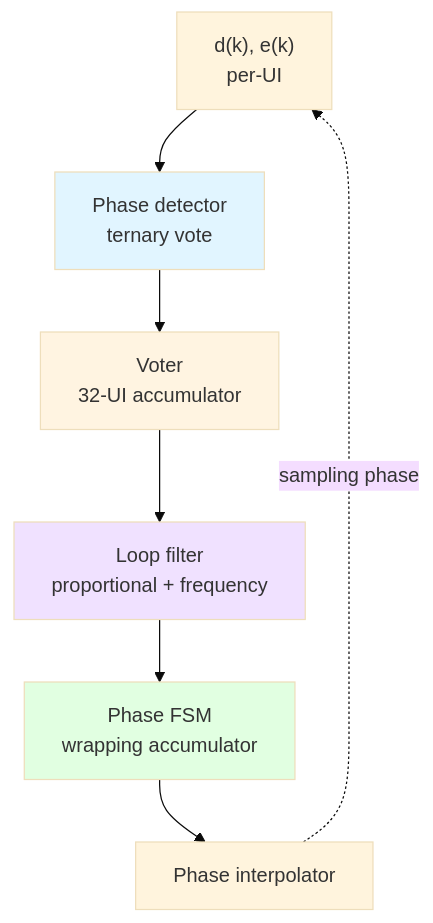
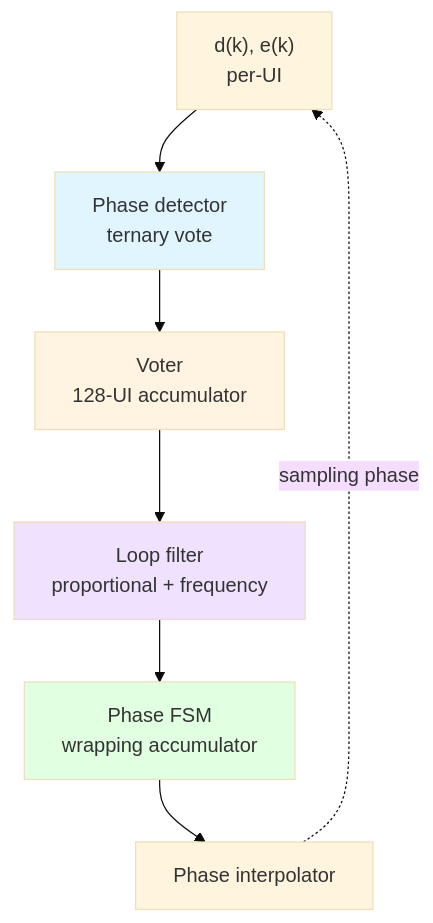
One commit to patrick-lightmatter/mydocs changed the third of 3 diagrams in oci_msa/l250/architecture_spec.md. Above: the diagram before and after it, drawn with Mermaid (base theme). The commit also changed other lines of this file and 11 other files, not shown here.

````diff
--- a/oci_msa/l250/architecture_spec.md
+++ b/oci_msa/l250/architecture_spec.md
@@ -437,17 +437,17 @@
 ```mermaid
 flowchart TB
     IN["d(k), e(k)<br/>per-UI"]
     PD["Phase detector<br/>ternary vote"]
-    VOTER["Voter<br/>32-UI accumulator"]
+    VOTER["Voter<br/>128-UI accumulator"]
     LF["Loop filter<br/>proportional + frequency"]
     FSM["Phase FSM<br/>wrapping accumulator"]
     PI["Phase interpolator"]
 
     IN --> PD --> VOTER --> LF --> FSM --> PI
     PI -.->|sampling phase| IN
 
     style PD fill:#e1f5ff
     style VOTER fill:#fff4e1
     style LF fill:#f0e1ff
     style FSM fill:#e1ffe1
 ```
````
